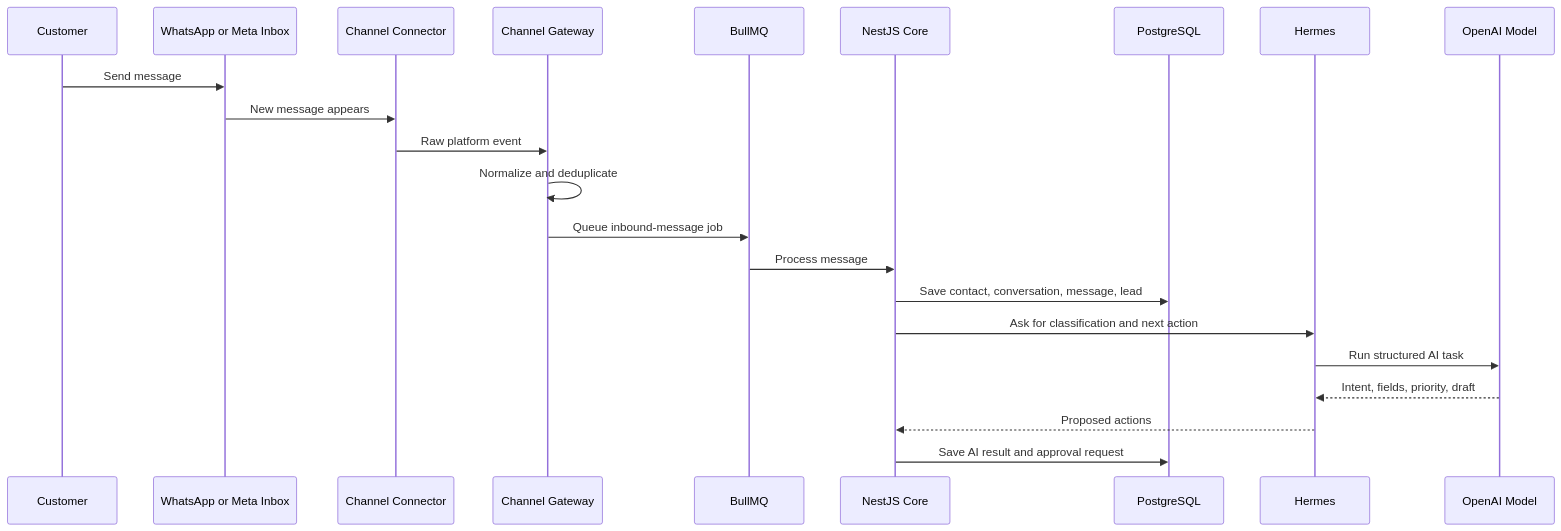
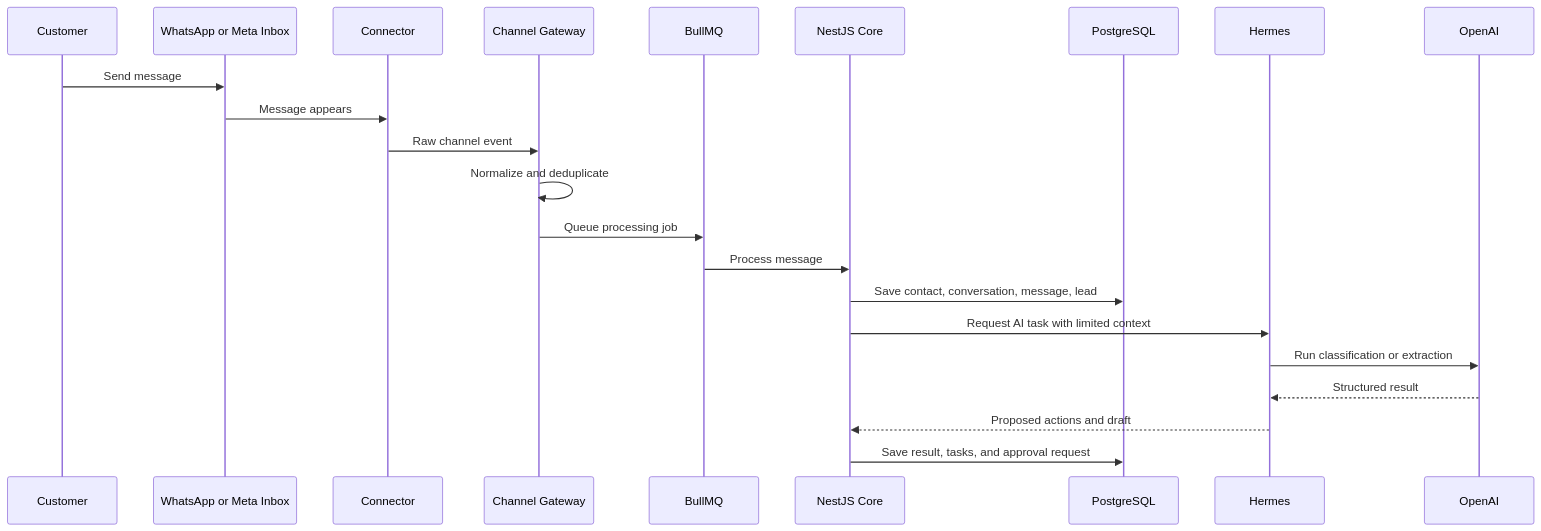
One commit to Metwally-Sayed/ai-sales-automation-architecture changed the fourth of 6 diagrams in README.md. Above: the diagram before and after it, drawn with Mermaid. The commit also changed other lines of this file, not shown here.

Commit message:
docs: replace mega diagram with clear architecture views

````diff
--- a/README.md
+++ b/README.md
@@ -232,25 +187,25 @@
 ```mermaid
 sequenceDiagram
     participant C as Customer
     participant CH as WhatsApp or Meta Inbox
-    participant CO as Channel Connector
+    participant CO as Connector
     participant G as Channel Gateway
     participant Q as BullMQ
     participant APP as NestJS Core
     participant DB as PostgreSQL
     participant H as Hermes
-    participant M as OpenAI Model
+    participant M as OpenAI
 
     C->>CH: Send message
-    CH->>CO: New message appears
-    CO->>G: Raw platform event
+    CH->>CO: Message appears
+    CO->>G: Raw channel event
     G->>G: Normalize and deduplicate
-    G->>Q: Queue inbound-message job
+    G->>Q: Queue processing job
     Q->>APP: Process message
     APP->>DB: Save contact, conversation, message, lead
-    APP->>H: Ask for classification and next action
-    H->>M: Run structured AI task
-    M-->>H: Intent, fields, priority, draft
-    H-->>APP: Proposed actions
-    APP->>DB: Save AI result and approval request
+    APP->>H: Request AI task with limited context
+    H->>M: Run classification or extraction
+    M-->>H: Structured result
+    H-->>APP: Proposed actions and draft
+    APP->>DB: Save result, tasks, and approval request
 ```
````
